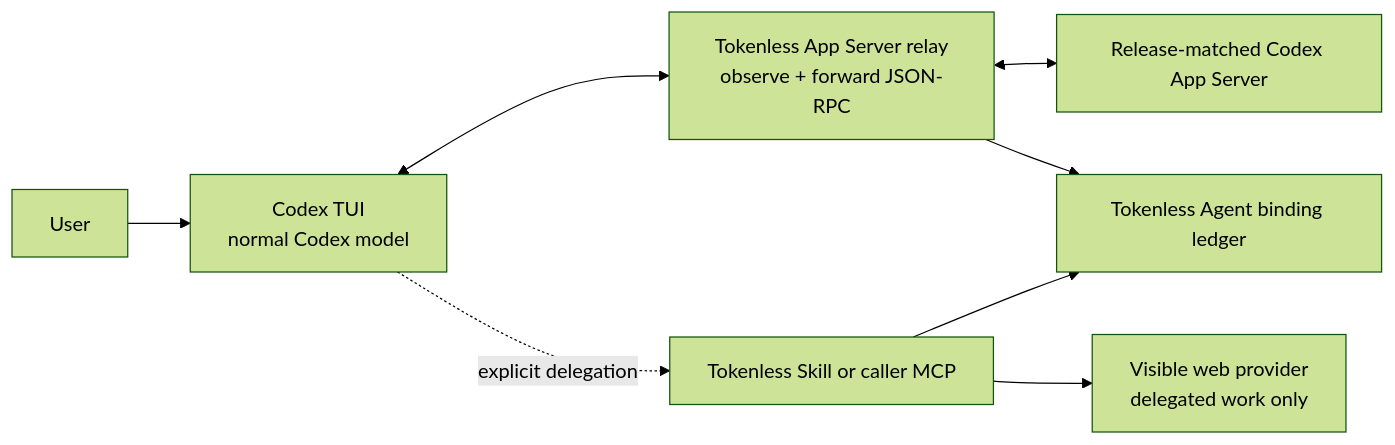
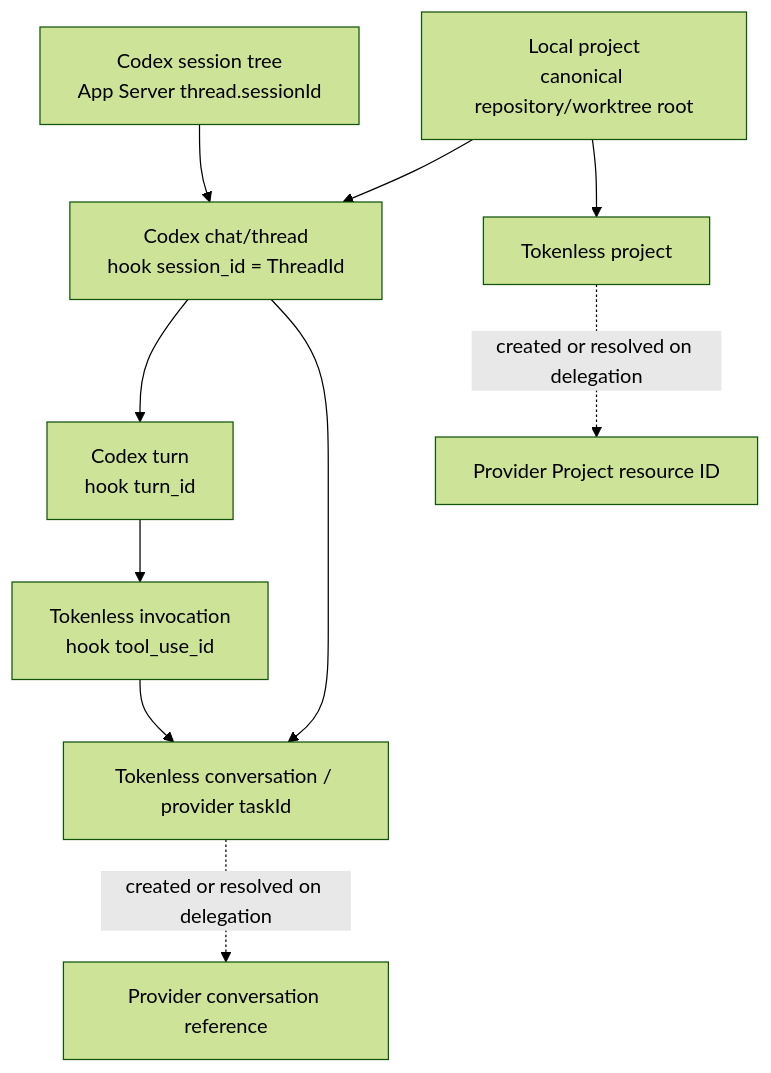
The diagram in docs/roadmaps/P0-codex-guided-delegation-and-session-binding.md (jazelly/tokenless), drawn with Mermaid (forest theme) before and after one commit. The commit also changed other lines of this file and 48 other files, not shown here.

Commit message:
refactor(tokenless): update project implementation

````diff
--- a/docs/roadmaps/P0-codex-guided-delegation-and-session-binding.md
+++ b/docs/roadmaps/P0-codex-guided-delegation-and-session-binding.md
@@ -108,18 +95,22 @@
 ```mermaid
-flowchart LR
-  User["User"]
-  TUI["Codex TUI<br/>normal Codex model"]
-  Relay["Tokenless App Server relay<br/>observe + forward JSON-RPC"]
-  AppServer["Release-matched Codex App Server"]
-  Ledger["Tokenless Agent binding ledger"]
-  Skill["Tokenless Skill or caller MCP"]
-  Provider["Visible web provider<br/>delegated work only"]
+flowchart TD
+  LP["Local project\ncanonical repository/worktree root"]
+  CT["Codex chat/thread\nhook session_id = ThreadId"]
+  ST["Codex session tree\nApp Server thread.sessionId"]
+  TR["Codex turn\nhook turn_id"]
+  TC["Tokenless invocation\nhook tool_use_id"]
+  TP["Tokenless project"]
+  CV["Tokenless conversation / provider taskId"]
+  PP["Provider Project resource ID"]
+  PC["Provider conversation reference"]
 
-  User --> TUI
-  TUI <--> Relay
-  Relay <--> AppServer
-  Relay --> Ledger
-  TUI -. explicit delegation .-> Skill
-  Skill --> Ledger
-  Skill --> Provider
+  ST --> CT
+  LP --> CT
+  LP --> TP
+  CT --> TR
+  CT --> CV
+  TR --> TC
+  TC --> CV
+  TP -. "created or resolved on delegation" .-> PP
+  CV -. "created or resolved on delegation" .-> PC
 ```
````
